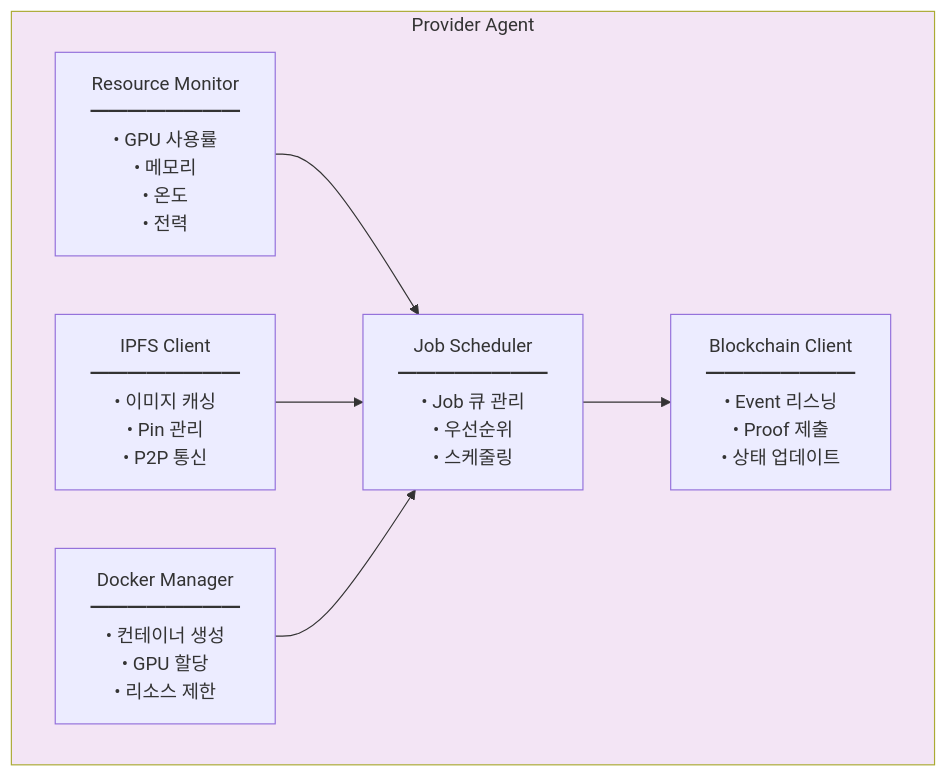
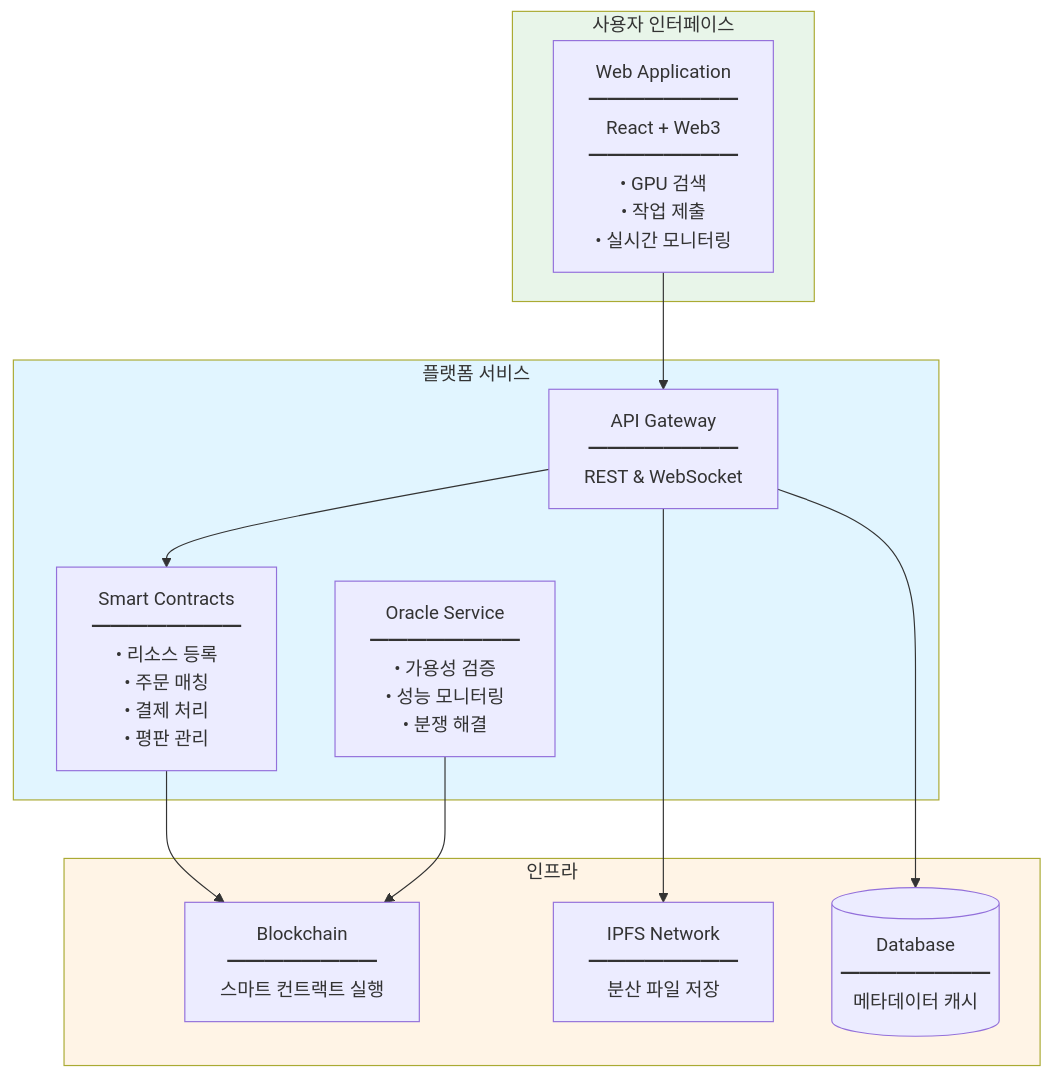
Before and after one commit to nubro999/riverbandMVP: the second of 12 diagrams in README.md, drawn with Mermaid. The commit also changed other lines of this file and 2 other files, not shown here.

````diff
--- a/README.md
+++ b/README.md
@@ -219,21 +75,31 @@
 ```mermaid
 graph TB
-    subgraph ProviderAgent["Provider Agent"]
-        Monitor[Resource Monitor<br/>━━━━━━━━<br/>• GPU 사용률<br/>• 메모리<br/>• 온도<br/>• 전력]
-        
-        IPFSClient[IPFS Client<br/>━━━━━━━━<br/>• 이미지 캐싱<br/>• Pin 관리<br/>• P2P 통신]
-        
-        DockerMgr[Docker Manager<br/>━━━━━━━━<br/>• 컨테이너 생성<br/>• GPU 할당<br/>• 리소스 제한]
-        
-        Scheduler[Job Scheduler<br/>━━━━━━━━<br/>• Job 큐 관리<br/>• 우선순위<br/>• 스케줄링]
-        
-        BCClient[Blockchain Client<br/>━━━━━━━━<br/>• Event 리스닝<br/>• Proof 제출<br/>• 상태 업데이트]
-        
-        Monitor --> Scheduler
-        IPFSClient --> Scheduler
-        DockerMgr --> Scheduler
-        Scheduler --> BCClient
+    subgraph Frontend["사용자 인터페이스"]
+        Web[Web Application<br/>━━━━━━━━<br/>React + Web3<br/>━━━━━━━━<br/>• GPU 검색<br/>• 작업 제출<br/>• 실시간 모니터링]
     end
     
-    style ProviderAgent fill:#f3e5f5
+    subgraph Backend["플랫폼 서비스"]
+        API[API Gateway<br/>━━━━━━━━<br/>REST & WebSocket]
+        
+        SC[Smart Contracts<br/>━━━━━━━━<br/>• 리소스 등록<br/>• 주문 매칭<br/>• 결제 처리<br/>• 평판 관리]
+        
+        Oracle[Oracle Service<br/>━━━━━━━━<br/>• 가용성 검증<br/>• 성능 모니터링<br/>• 분쟁 해결]
+    end
+    
+    subgraph Infrastructure["인프라"]
+        BC[Blockchain<br/>━━━━━━━━<br/>스마트 컨트랙트 실행]
+        IPFS[IPFS Network<br/>━━━━━━━━<br/>분산 파일 저장]
+        DB[(Database<br/>━━━━━━━━<br/>메타데이터 캐시)]
+    end
+    
+    Web --> API
+    API --> SC
+    SC --> BC
+    API --> IPFS
+    API --> DB
+    Oracle --> BC
+    
+    style Frontend fill:#e8f5e9
+    style Backend fill:#e1f5ff
+    style Infrastructure fill:#fff4e6
 ```
````
